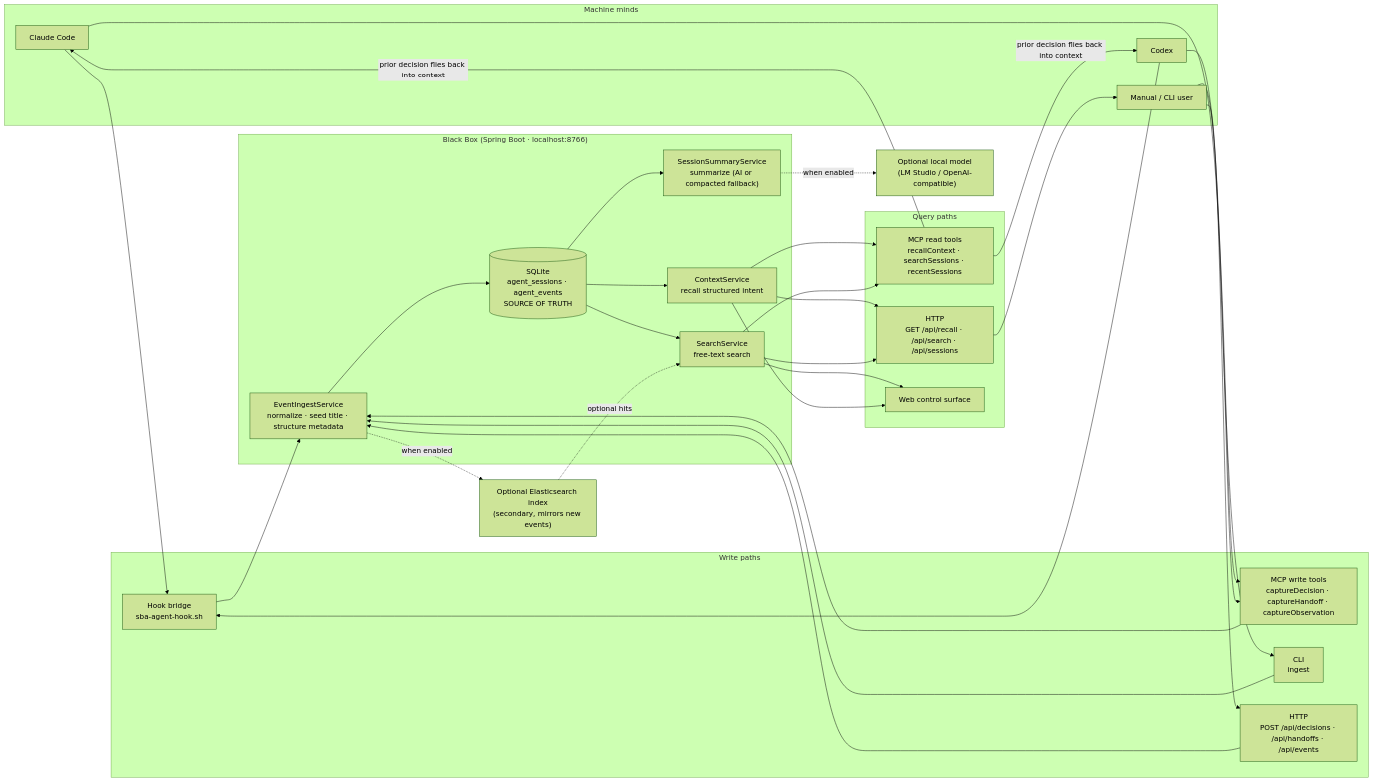
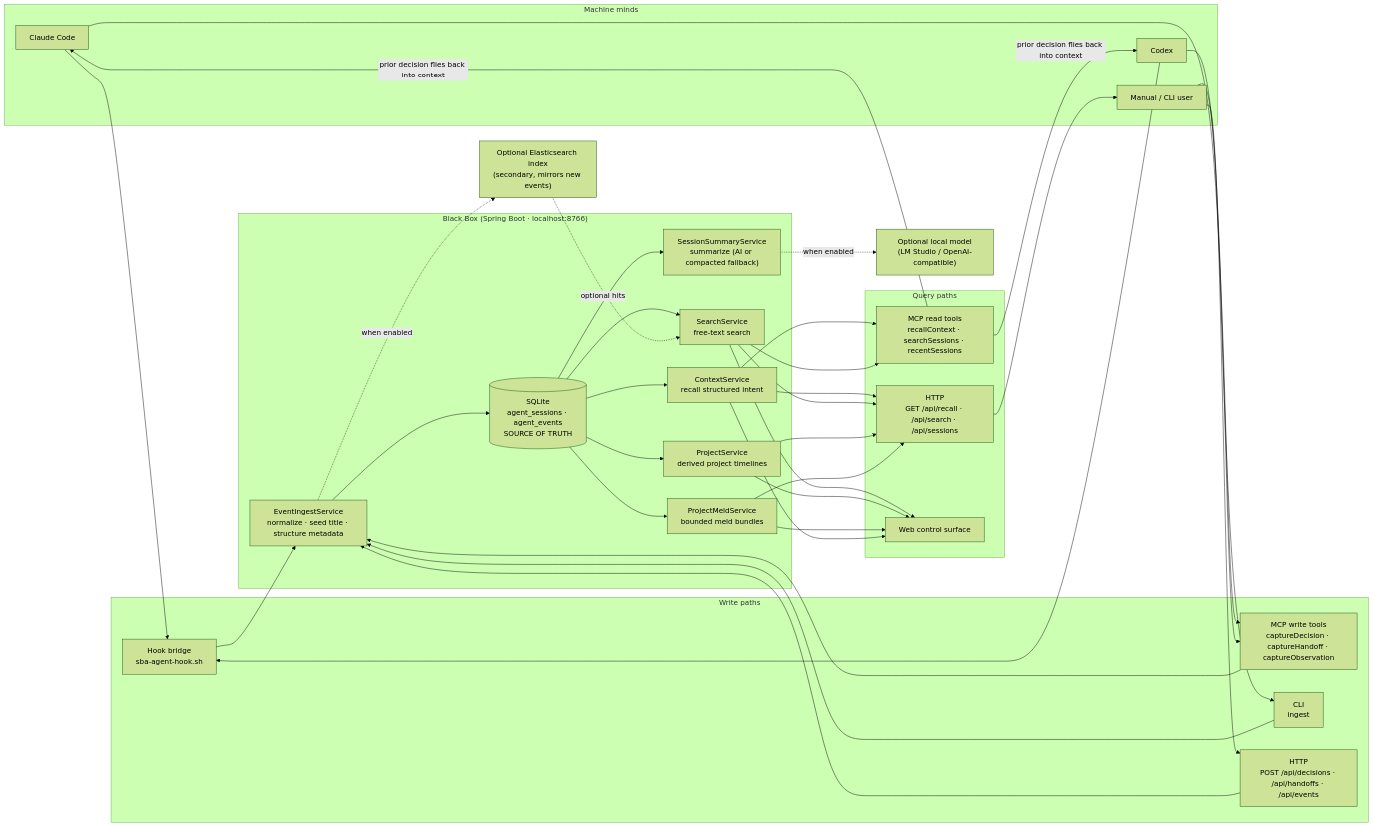
The diagram in docs/architecture.md (nathanmauro/black-box), drawn with Mermaid (forest theme) before and after one commit. The commit also changed other lines of this file and 22 other files, not shown here.

Commit message:
Add project workbench and meld preview

````diff
--- a/docs/architecture.md
+++ b/docs/architecture.md
@@ -9,58 +9,64 @@
 ```mermaid
 flowchart LR
     subgraph Agents["Machine minds"]
         CC["Claude Code"]
         CX["Codex"]
         ME["Manual / CLI user"]
     end
 
     subgraph Ingress["Write paths"]
         HOOK["Hook bridge<br/>sba-agent-hook.sh"]
         MCPW["MCP write tools<br/>captureDecision · captureHandoff · captureObservation"]
         CLI["CLI<br/>ingest"]
         HTTPW["HTTP<br/>POST /api/decisions · /api/handoffs · /api/events"]
     end
 
     subgraph Core["Black Box (Spring Boot · localhost:8766)"]
         INGEST["EventIngestService<br/>normalize · seed title · structure metadata"]
         DB[("SQLite<br/>agent_sessions · agent_events<br/>SOURCE OF TRUTH")]
         RECALL["ContextService<br/>recall structured intent"]
         SEARCH["SearchService<br/>free-text search"]
+        PROJECTS["ProjectService<br/>derived project timelines"]
+        MELDS["ProjectMeldService<br/>bounded meld bundles"]
         SUM["SessionSummaryService<br/>summarize (AI or compacted fallback)"]
     end
 
     subgraph Egress["Query paths"]
         MCPR["MCP read tools<br/>recallContext · searchSessions · recentSessions"]
         HTTPR["HTTP<br/>GET /api/recall · /api/search · /api/sessions"]
         UI["Web control surface"]
     end
 
     AI["Optional local model<br/>(LM Studio / OpenAI-compatible)"]
     ES["Optional Elasticsearch index<br/>(secondary, mirrors new events)"]
 
     CC --> HOOK & MCPW
     CX --> HOOK & MCPW
     ME --> CLI & HTTPW
 
     HOOK --> INGEST
     MCPW --> INGEST
     CLI --> INGEST
     HTTPW --> INGEST
 
     INGEST --> DB
     INGEST -. when enabled .-> ES
 
     DB --> RECALL
     DB --> SEARCH
+    DB --> PROJECTS
+    DB --> MELDS
     DB --> SUM
     SUM -. when enabled .-> AI
     ES -. optional hits .-> SEARCH
 
     RECALL --> MCPR & HTTPR
     SEARCH --> MCPR & HTTPR & UI
+    PROJECTS --> HTTPR & UI
+    MELDS --> HTTPR & UI
     RECALL --> UI
 
     MCPR -->|"prior decision flies back into context"| CC
     MCPR -->|"prior decision flies back into context"| CX
     HTTPR --> ME
 ```
````
